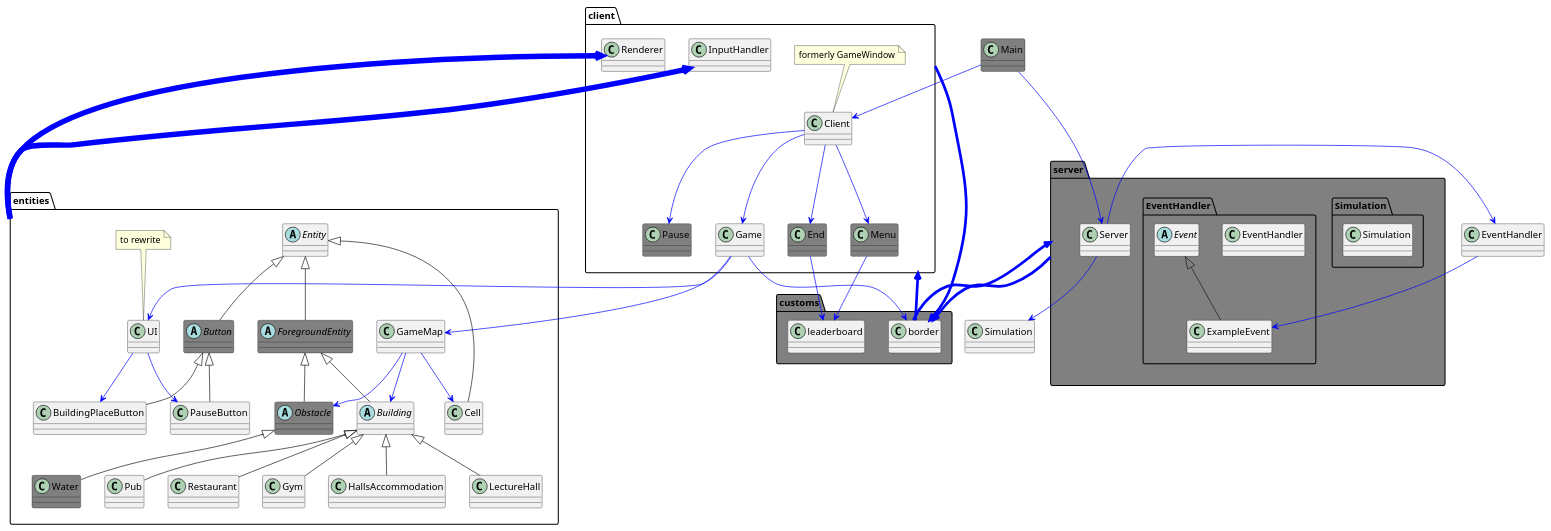
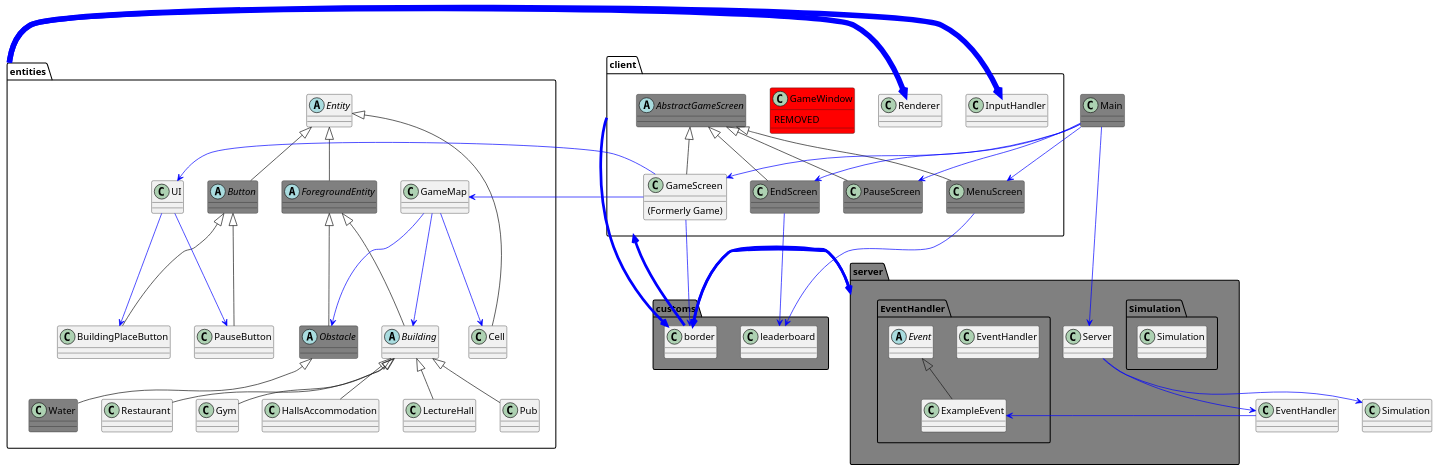
Before and after one commit to GRUMv2/Eng1Ass2Cde: the diagram in CodeDocs/new_arch_v1.puml, drawn with PlantUML.

Commit message:
docs(arch): update arch to reflect new client changes

```diff
--- a/CodeDocs/new_arch_v1.puml
+++ b/CodeDocs/new_arch_v1.puml
@@ -1,76 +1,78 @@
 @startuml
 class Main #grey
 package client {
-    class Client
-    note top of Client : formerly GameWindow
     class Renderer
     class InputHandler
-    class Menu #grey
-    class Game
-    class Pause #grey
-    class End #grey
+    class GameWindow #red {
+        REMOVED
+    }
+    abstract class AbstractGameScreen #grey
+    class MenuScreen #grey extends AbstractGameScreen
+    class GameScreen extends AbstractGameScreen {
+        (Formerly Game)
+    }
+    class PauseScreen #grey extends AbstractGameScreen
+    class EndScreen #grey extends AbstractGameScreen
 }
 
 package entities {
     class GameMap
     class UI
-    note top of UI : to rewrite
     abstract class Entity
     abstract class ForegroundEntity #grey extends Entity
     class Cell extends Entity
     abstract class Obstacle #grey extends ForegroundEntity
     class Water #grey extends Obstacle
     abstract class Button #grey extends Entity
     class BuildingPlaceButton extends Button
     class PauseButton extends Button
     abstract class Building extends ForegroundEntity
     class Gym extends Building
     class HallsAccommodation extends Building
     class LectureHall extends Building
     class Pub extends Building
     class Restaurant extends Building
 }
 
 package server #grey {
     class Server
     package Simulation #grey {
         class Simulation
     }
     package EventHandler #grey {
         class EventHandler
         abstract class Event
         class ExampleEvent extends Event
     }
 }
 
 package customs #grey {
     class border
     class leaderboard
 }
 
-Main --[#blue]> Client
-Main --[#blue]> Server
-Client --[#blue]> Game
-Client --[#blue]> Menu
-Client --[#blue]> Pause
-Client --[#blue]> End
-End --[#blue]> leaderboard
-Menu --[#blue]> leaderboard
-Game --[#blue]> GameMap
-Game --[#blue]> UI
-Game --[#blue]> border
-border --[#blue,thickness=4]> server
-server --[#blue,thickness=4]> border
-client --[#blue,thickness=4]> border
-border --[#blue,thickness=4]> client
-entities --[#blue,thickness=8]> InputHandler
-entities --[#blue,thickness=8]> Renderer
+Main --down[#blue]> Server
+Main --down[#blue]> GameScreen
+Main --down[#blue]> MenuScreen
+Main --down[#blue]> PauseScreen
+Main --down[#blue]> EndScreen
+EndScreen --down[#blue]> leaderboard
+MenuScreen --down[#blue]> leaderboard
+GameScreen --left[#blue]> GameMap
+GameScreen --left[#blue]> UI
+GameScreen --down[#blue]> border
+border --left[#blue,thickness=4]> server
+server --right[#blue,thickness=4]> border
+client --left[#blue,thickness=4]> border
+border --right[#blue,thickness=4]> client
+entities --left[#blue,thickness=8]> InputHandler
+entities --left[#blue,thickness=8]> Renderer
 GameMap --[#blue]> Cell
 GameMap --[#blue]> Building
 GameMap --[#blue]> Obstacle
 UI --[#blue]> BuildingPlaceButton
 UI --[#blue]> PauseButton
 Server --[#blue]> Simulation
 Server --[#blue]> EventHandler
 EventHandler --[#blue]> ExampleEvent
 @enduml
```
